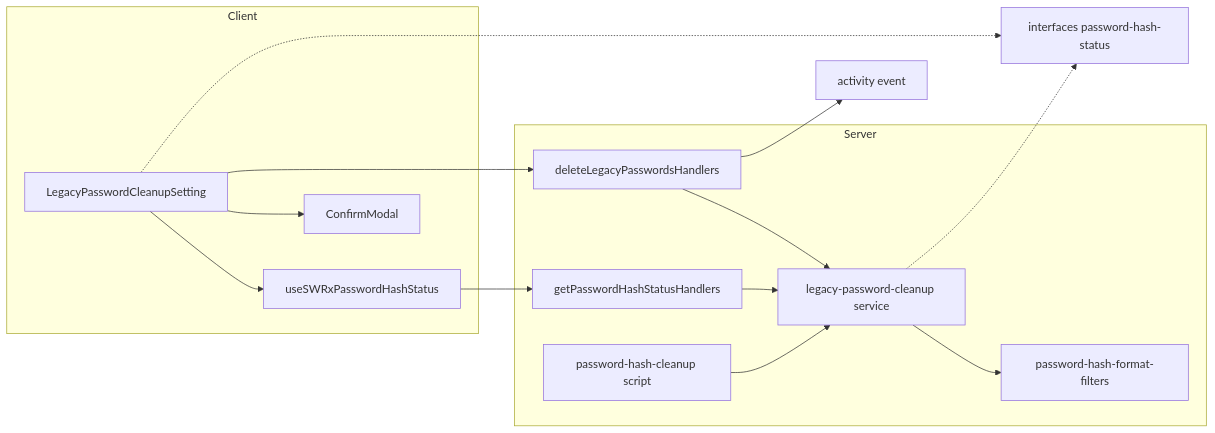
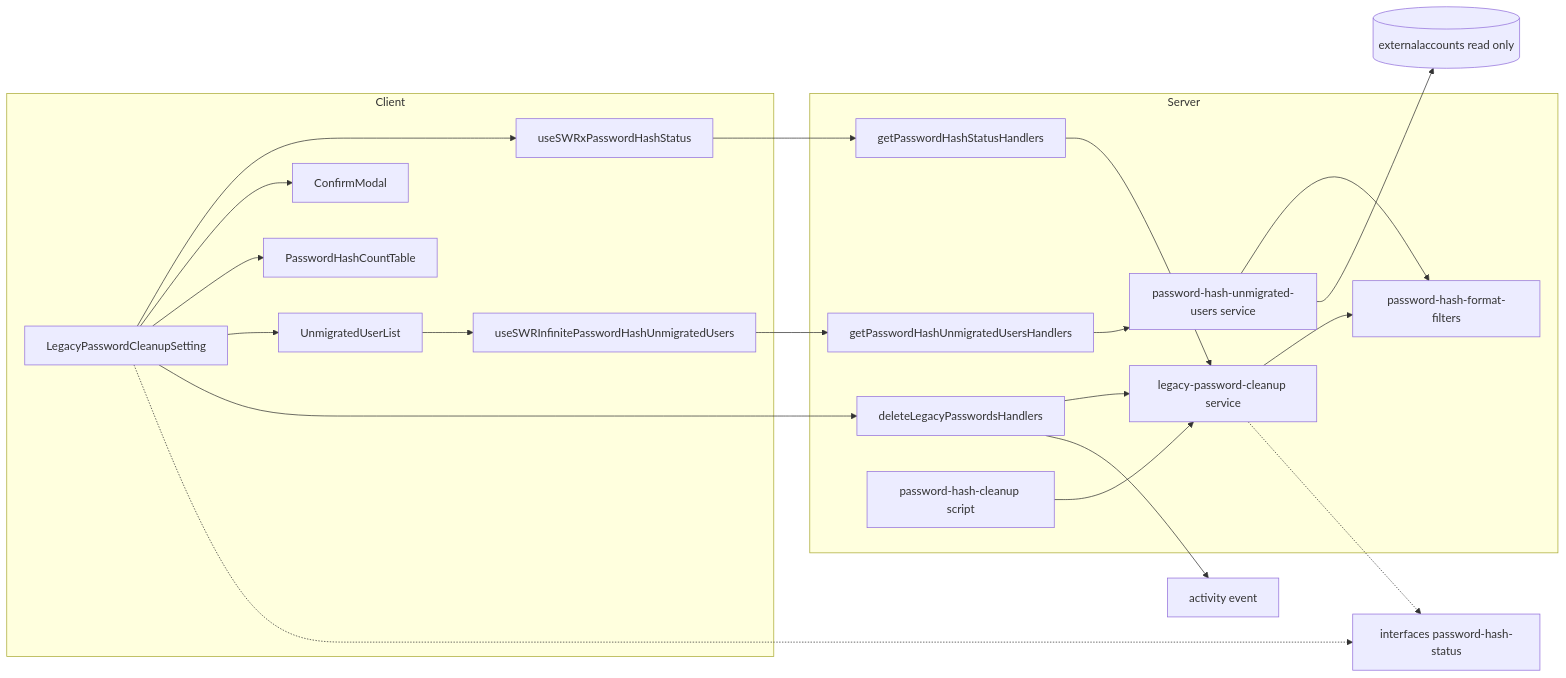
The first of 2 diagrams in .kiro/specs/legacy-password-hash-cleanup/design.md (growilabs/growi), drawn with Mermaid before and after one commit. The commit also changed other lines of this file and 2 other files, not shown here.

Commit message:
docs(legacy-password-hash-cleanup): sync design and tasks with the final implementation and close task 5.2

````diff
--- a/.kiro/specs/legacy-password-hash-cleanup/design.md
+++ b/.kiro/specs/legacy-password-hash-cleanup/design.md
@@ -76,27 +76,39 @@
 ```mermaid
 graph LR
   subgraph Client
     Section[LegacyPasswordCleanupSetting]
     Hook[useSWRxPasswordHashStatus]
     Modal[ConfirmModal]
+    Table[PasswordHashCountTable]
+    List[UnmigratedUserList]
+    ListHook[useSWRInfinitePasswordHashUnmigratedUsers]
   end
   subgraph Server
     GetH[getPasswordHashStatusHandlers]
     DelH[deleteLegacyPasswordsHandlers]
+    ListH[getPasswordHashUnmigratedUsersHandlers]
     Svc[legacy-password-cleanup service]
+    ListSvc[password-hash-unmigrated-users service]
     Script[password-hash-cleanup script]
     Filters[password-hash-format-filters]
   end
   Types[interfaces password-hash-status]
   Section --> Hook
   Section --> Modal
+  Section --> Table
+  Section --> List
+  List --> ListHook
+  ListHook --> ListH
+  ListH --> ListSvc
+  ListSvc --> Filters
+  ListSvc --> ExtAcc[(externalaccounts read only)]
   Hook --> GetH
   Section --> DelH
   GetH --> Svc
   DelH --> Svc
   Script --> Svc
   Svc --> Filters
   Section -.-> Types
   Svc -.-> Types
   DelH --> Activity[activity event]
 ```
````
